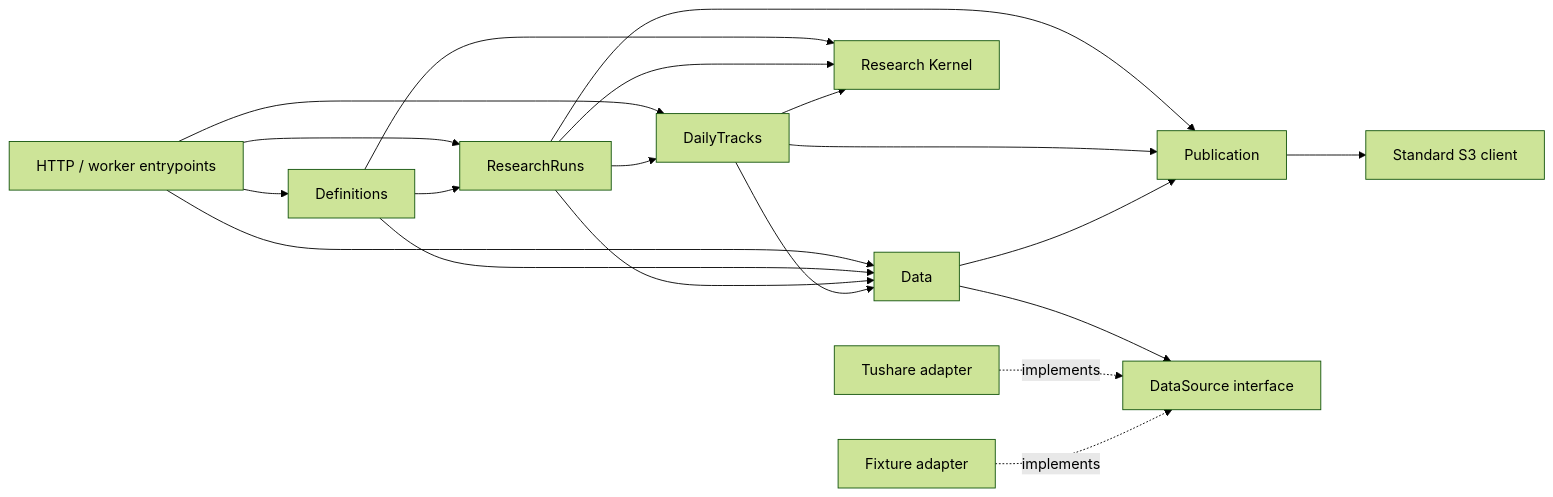
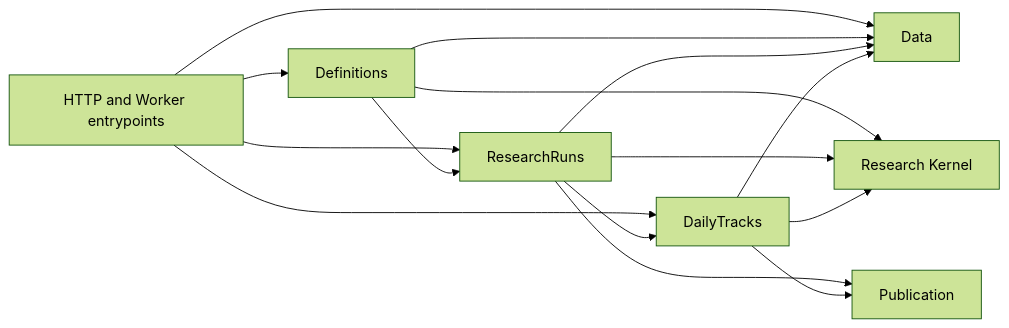
Before and after one commit to humeo/thesistrace: the second of 2 diagrams in docs/architecture/core.md, drawn with Mermaid (forest theme). The commit also changed other lines of this file and 347 other files, not shown here.

First line of the commit message:
refactor(core)!: hard-cut to canonical schema initialization

````diff
--- a/docs/architecture/core.md
+++ b/docs/architecture/core.md
@@ -348,27 +71,17 @@
 ```mermaid
 flowchart LR
-    E["HTTP / worker entrypoints"] --> D["Definitions"]
+    E["HTTP and Worker entrypoints"] --> D["Definitions"]
     E --> R["ResearchRuns"]
     E --> T["DailyTracks"]
     E --> A["Data"]
-
     D --> A
     D --> K["Research Kernel"]
     D --> R
-
     R --> A
     R --> K
     R --> P["Publication"]
     R --> T
-
     T --> A
     T --> K
     T --> P
-
-    A --> P
-    A --> S["DataSource interface"]
-
-    TS["Tushare adapter"] -. implements .-> S
-    FX["Fixture adapter"] -. implements .-> S
-    P --> O["Standard S3 client"]
 ```
````
